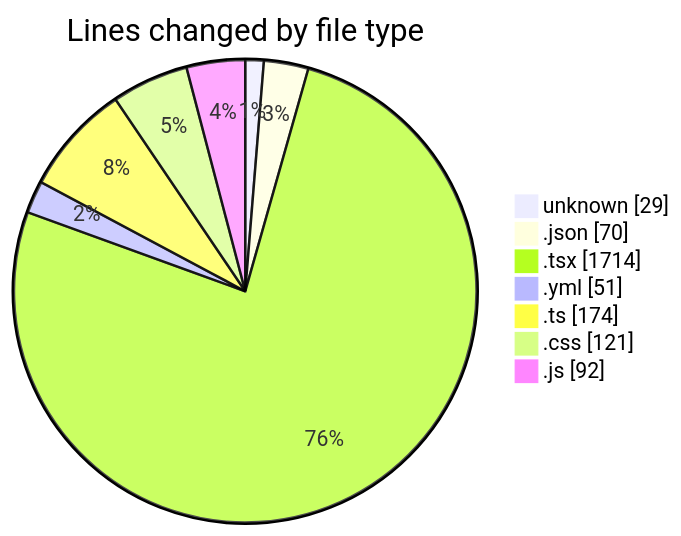
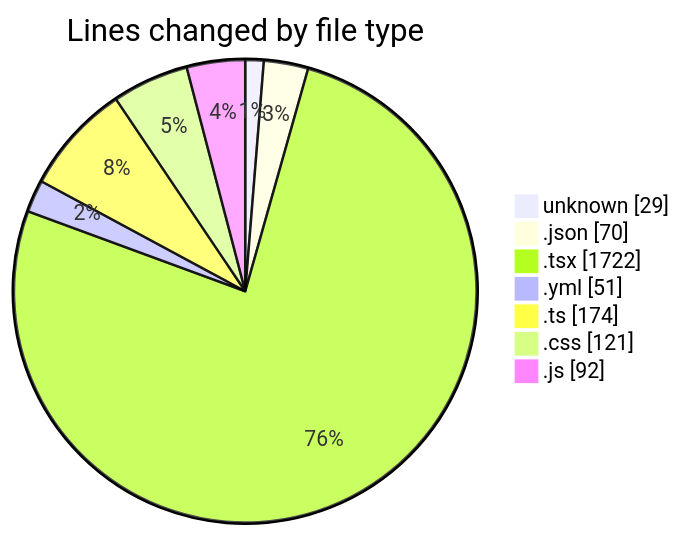
Before and after one commit to robertbonfada/code-tracking: the first of 2 diagrams in 2025-01-14/mbc-web/README.md, drawn with Mermaid. The commit also changed other lines of this file and 1 other file, not shown here.

````diff
--- a/2025-01-14/mbc-web/README.md
+++ b/2025-01-14/mbc-web/README.md
@@ -41,11 +41,11 @@
 ```mermaid
 pie showData
 title Lines changed by file type
 "unknown" : 29
 ".json" : 70
-".tsx" : 1714
+".tsx" : 1722
 ".yml" : 51
 ".ts" : 174
 ".css" : 121
 ".js" : 92
 ```
````
